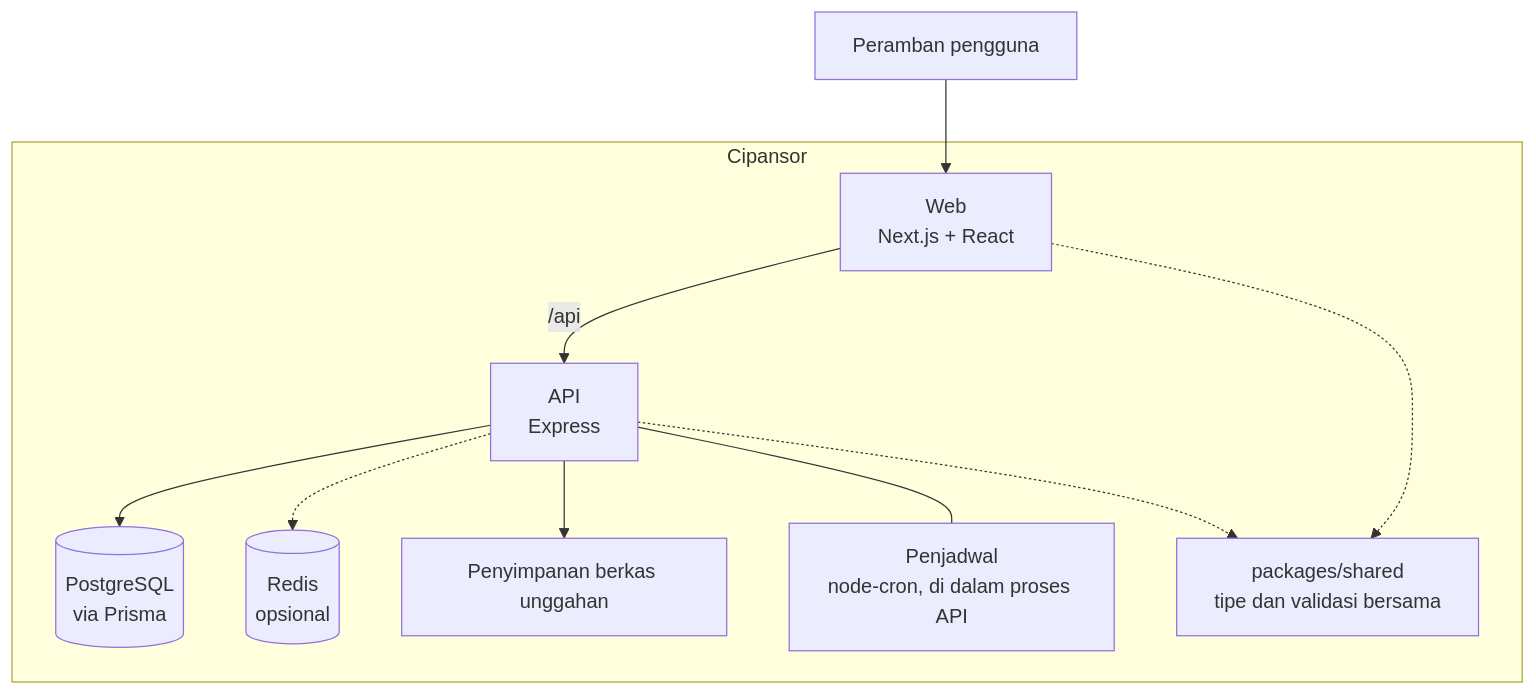
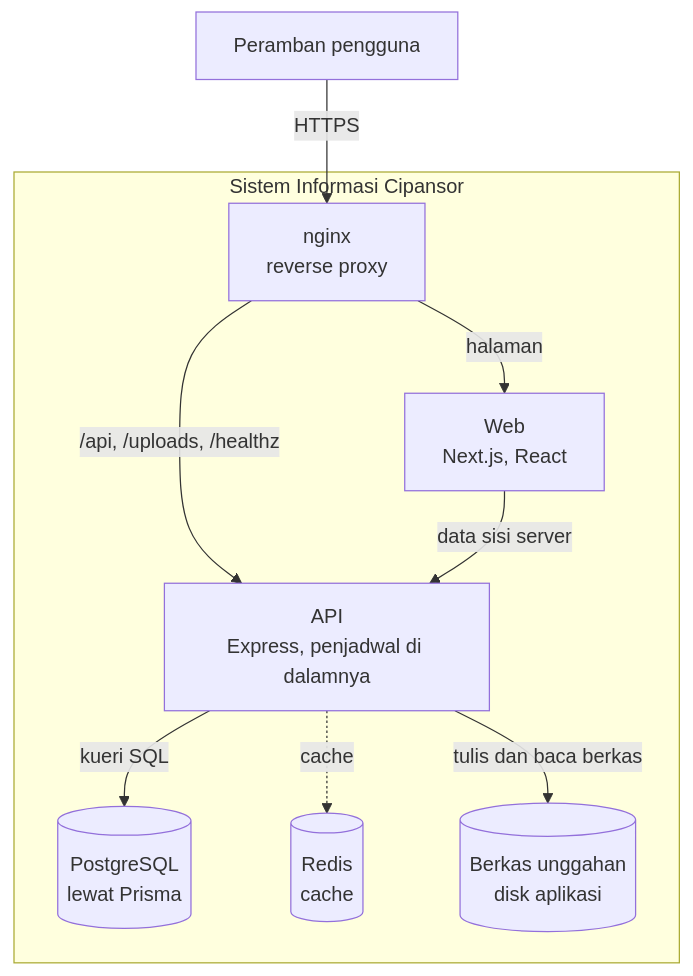
The second of 6 diagrams in .claude/skills/dokumen-aplikasi-cipansor/assets/template-teknis.md (ypcipansor/cipansor), drawn with Mermaid before and after one commit. The commit also changed other lines of this file and 68 other files, not shown here.

````diff
--- a/.claude/skills/dokumen-aplikasi-cipansor/assets/template-teknis.md
+++ b/.claude/skills/dokumen-aplikasi-cipansor/assets/template-teknis.md
@@ -102,22 +129,20 @@
 ```mermaid
-%% caption: Kontainer — bagian-bagian yang berjalan sendiri
+%% caption: C4-2 Kontainer — bagian yang berjalan sendiri dan cara mereka berhubungan
 flowchart TB
-  Browser[Peramban pengguna]
-  subgraph Yayasan[Cipansor]
-    Web[Web<br/>Next.js + React]
-    API[API<br/>Express]
-    Jobs[Penjadwal<br/>node-cron, di dalam proses API]
-    Shared[packages/shared<br/>tipe dan validasi bersama]
-    DB[(PostgreSQL<br/>via Prisma)]
-    Redis[(Redis<br/>opsional)]
-    Files[Penyimpanan berkas unggahan]
+  Browser["Peramban pengguna"]
+  subgraph Cipansor["Sistem Informasi Cipansor"]
+    Nginx["nginx<br/>reverse proxy"]
+    Web["Web<br/>Next.js, React"]
+    API["API<br/>Express, penjadwal di dalamnya"]
+    DB[("PostgreSQL<br/>lewat Prisma")]
+    Redis[("Redis<br/>cache")]
+    Files[("Berkas unggahan<br/>disk aplikasi")]
   end
-  Browser --> Web
-  Web -->|/api| API
-  API --> DB
-  API -.-> Redis
-  API --> Files
-  API --- Jobs
-  Web -.-> Shared
-  API -.-> Shared
+  Browser -->|"HTTPS"| Nginx
+  Nginx -->|"halaman"| Web
+  Nginx -->|"/api, /uploads, /healthz"| API
+  Web -->|"data sisi server"| API
+  API -->|"kueri SQL"| DB
+  API -.->|"cache"| Redis
+  API -->|"tulis dan baca berkas"| Files
 ```
````
